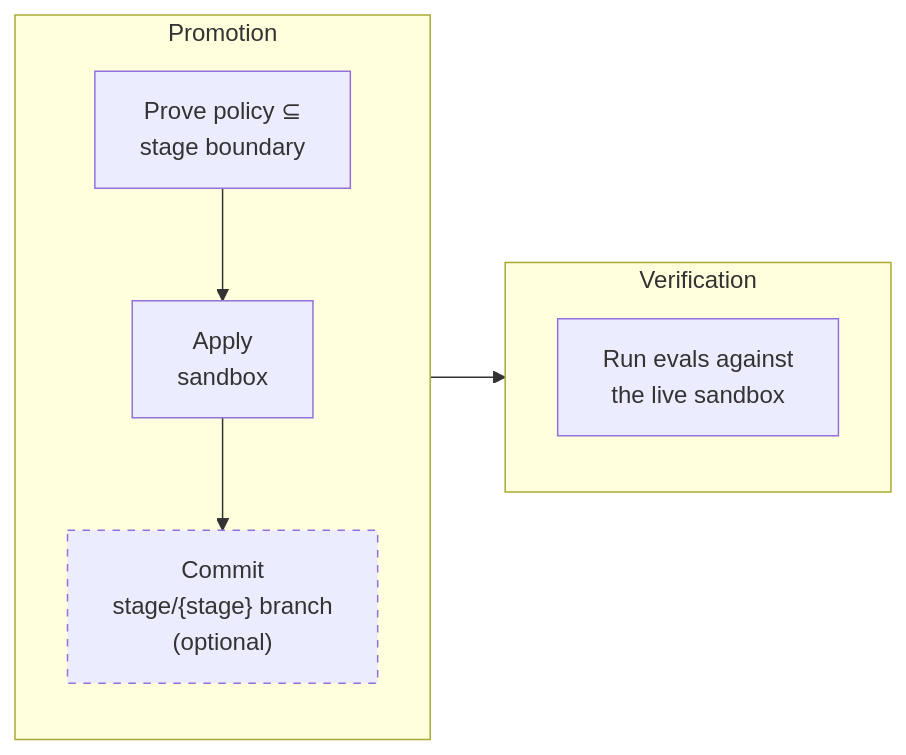
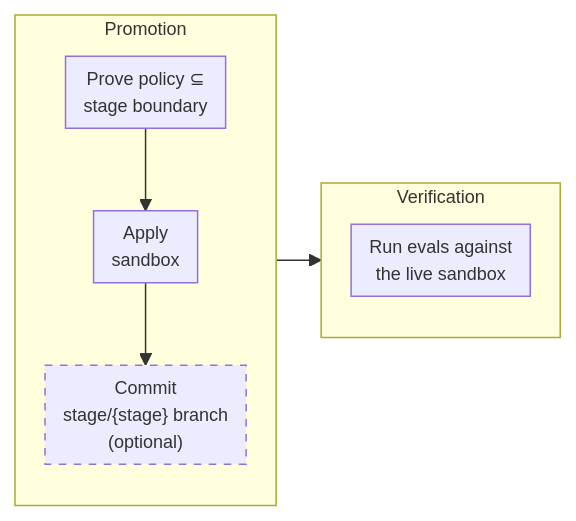
Before and after one commit to VisioNetX/agent-delivery-demo: the third of 3 diagrams in README.md, drawn with Mermaid. The commit also changed other lines of this file, not shown here.

First line of the commit message:
Add an OpenShell overview, and make the diagrams compact

````diff
--- a/README.md
+++ b/README.md
@@ -122,11 +165,12 @@
 ```mermaid
+%%{init: {"themeVariables": {"fontSize": "12px"}, "flowchart": {"nodeSpacing": 20, "rankSpacing": 30, "padding": 6}}}%%
 flowchart LR
     subgraph promotion["Promotion"]
         prove["Prove policy ⊆<br/>stage boundary"] --> apply["Apply<br/>sandbox"] --> commit["Commit<br/>stage/{stage} branch<br/>(optional)"]
     end
     subgraph verification["Verification"]
         evals["Run evals against<br/>the live sandbox"]
     end
     promotion --> verification
     style commit stroke-dasharray: 5 5
 ```
````
